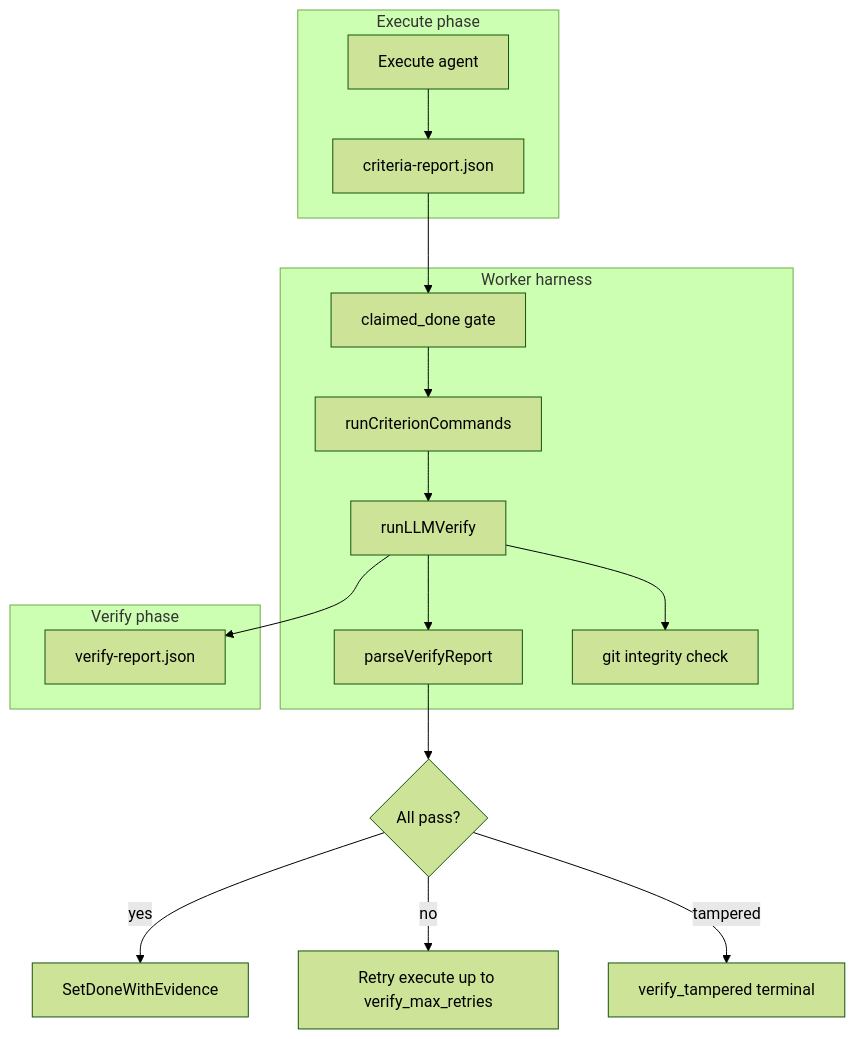
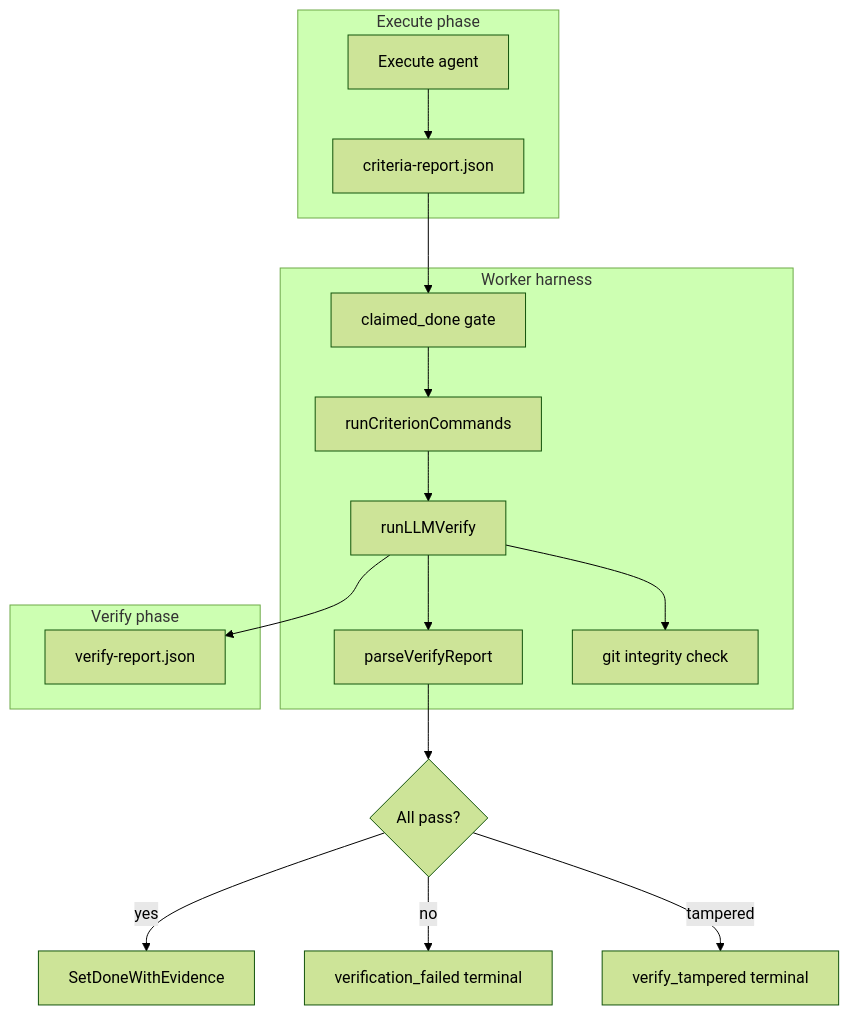
The diagram in docs/domain/verify-agent.md (Hamix-Labs/project-management), drawn with Mermaid (forest theme) before and after one commit. The commit also changed other lines of this file and 16 other files, not shown here.

First line of the commit message:
docs: supersede verify retry/chat-mode ADRs; rewrite verify domain docs

````diff
--- a/docs/domain/verify-agent.md
+++ b/docs/domain/verify-agent.md
@@ -71,26 +73,26 @@
 ```mermaid
 flowchart TD
   subgraph executePhase [Execute phase]
     EA[Execute agent]
     CR[criteria-report.json]
     EA --> CR
   end
   subgraph workerHarness [Worker harness]
     Gate[claimed_done gate]
     Cmds[runCriterionCommands]
     LLM[runLLMVerify]
     Parse[parseVerifyReport]
     Integrity[git integrity check]
     Gate --> Cmds --> LLM --> Parse
     LLM --> Integrity
   end
   subgraph verifyPhase [Verify phase]
     VR[verify-report.json]
     LLM --> VR
   end
   CR --> Gate
   Parse --> Decision{All pass?}
   Decision -->|yes| Done[SetDoneWithEvidence]
-  Decision -->|no| Retry[Retry execute up to verify_max_retries]
-  Decision -->|tampered| Terminal[verify_tampered terminal]
+  Decision -->|no| Terminal[verification_failed terminal]
+  Decision -->|tampered| Terminal2[verify_tampered terminal]
 ```
````
